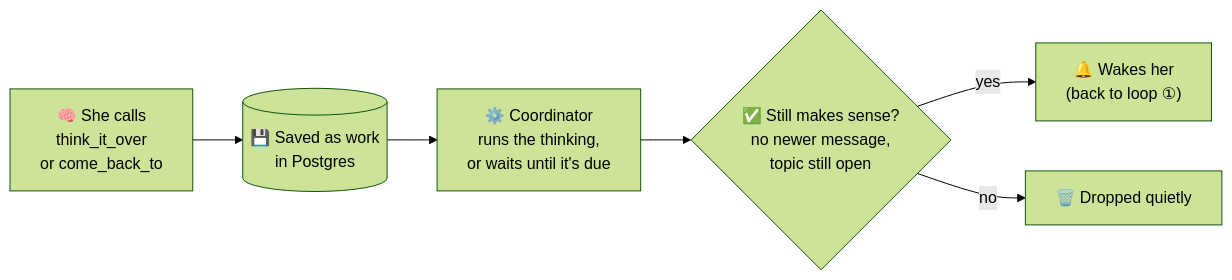
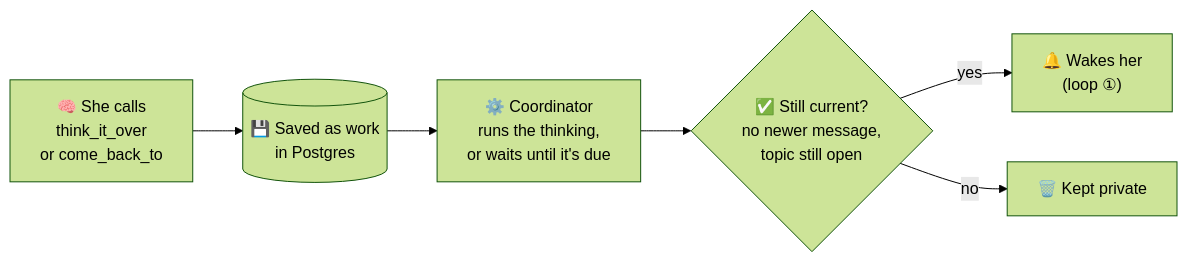
The fifth of 8 diagrams in README.md (vingilbee/jophiel), drawn with Mermaid (forest theme) before and after one commit. The commit also changed other lines of this file, not shown here.

````diff
--- a/README.md
+++ b/README.md
@@ -166,8 +160,8 @@
 ```mermaid
 flowchart LR
     A["🧠 She calls<br/>think_it_over<br/>or come_back_to"] --> B[("💾 Saved as work<br/>in Postgres")]
     B --> C["⚙️ Coordinator<br/>runs the thinking,<br/>or waits until it's due"]
-    C --> D{"✅ Still makes sense?<br/>no newer message,<br/>topic still open"}
-    D -- yes --> E["🔔 Wakes her<br/>(back to loop ①)"]
-    D -- no --> F["🗑️ Dropped quietly"]
+    C --> D{"✅ Still current?<br/>no newer message,<br/>topic still open"}
+    D -- yes --> E["🔔 Wakes her<br/>(loop ①)"]
+    D -- no --> F["🗑️ Kept private"]
 ```
````
